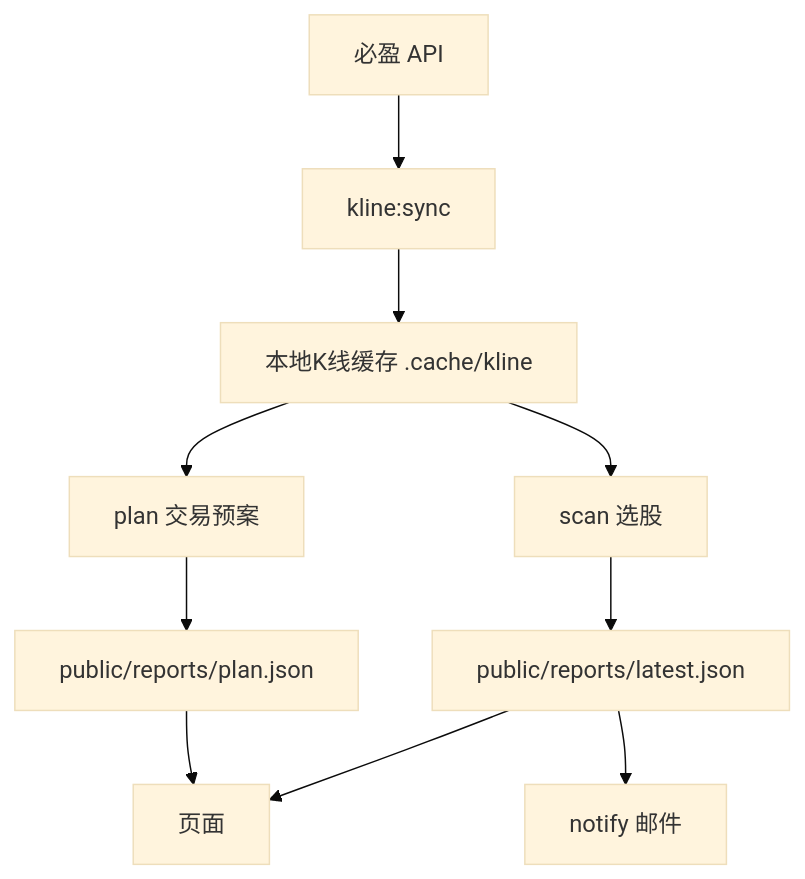
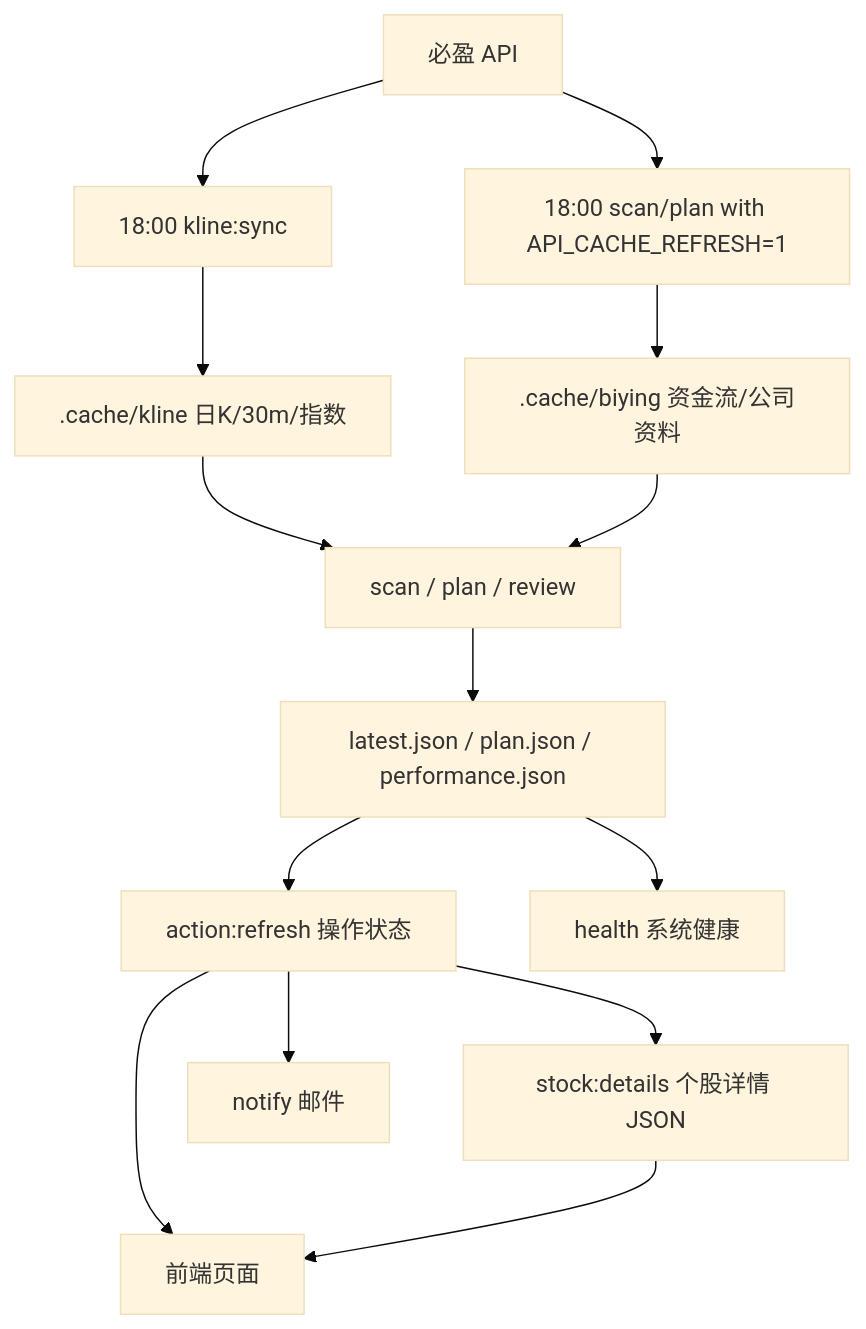
Before and after one commit to a0714z/a-share-money-radar: the diagram in docs/HANDOFF.md, drawn with Mermaid (base theme). The commit also changed other lines of this file, not shown here.

````diff
--- a/docs/HANDOFF.md
+++ b/docs/HANDOFF.md
@@ -54,12 +114,16 @@
 ```mermaid
 flowchart TD
-  A["必盈 API"] --> B["kline:sync"]
-  B --> C["本地K线缓存 .cache/kline"]
-  C --> D["scan 选股"]
-  C --> E["plan 交易预案"]
-  D --> F["public/reports/latest.json"]
-  E --> G["public/reports/plan.json"]
-  F --> H["页面"]
-  G --> H
-  F --> I["notify 邮件"]
+  A["必盈 API"] --> B["18:00 kline:sync"]
+  A --> C["18:00 scan/plan with API_CACHE_REFRESH=1"]
+  B --> D[".cache/kline 日K/30m/指数"]
+  C --> E[".cache/biying 资金流/公司资料"]
+  D --> F["scan / plan / review"]
+  E --> F
+  F --> G["latest.json / plan.json / performance.json"]
+  G --> H["action:refresh 操作状态"]
+  H --> I["stock:details 个股详情 JSON"]
+  H --> J["前端页面"]
+  H --> K["notify 邮件"]
+  I --> J
+  G --> L["health 系统健康"]
 ```
````
